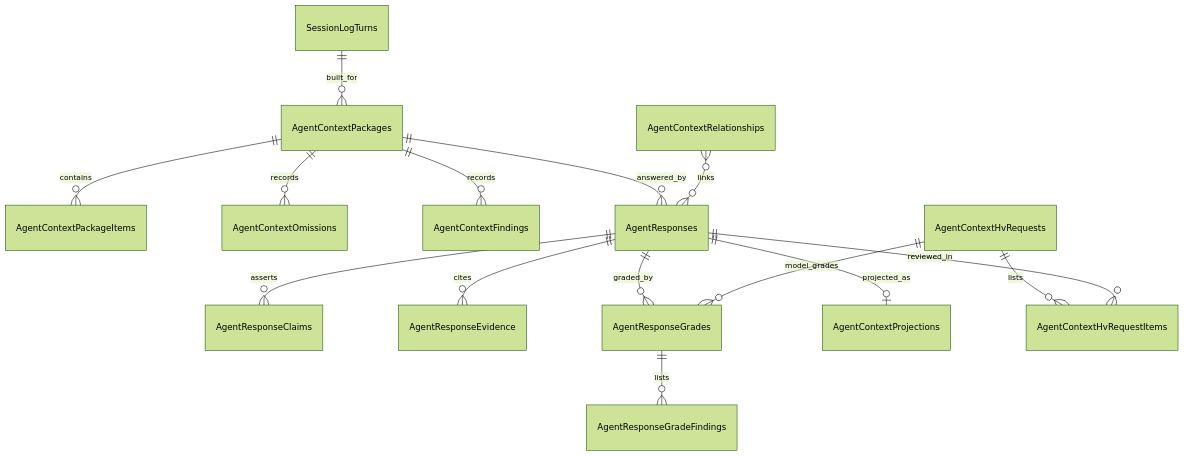
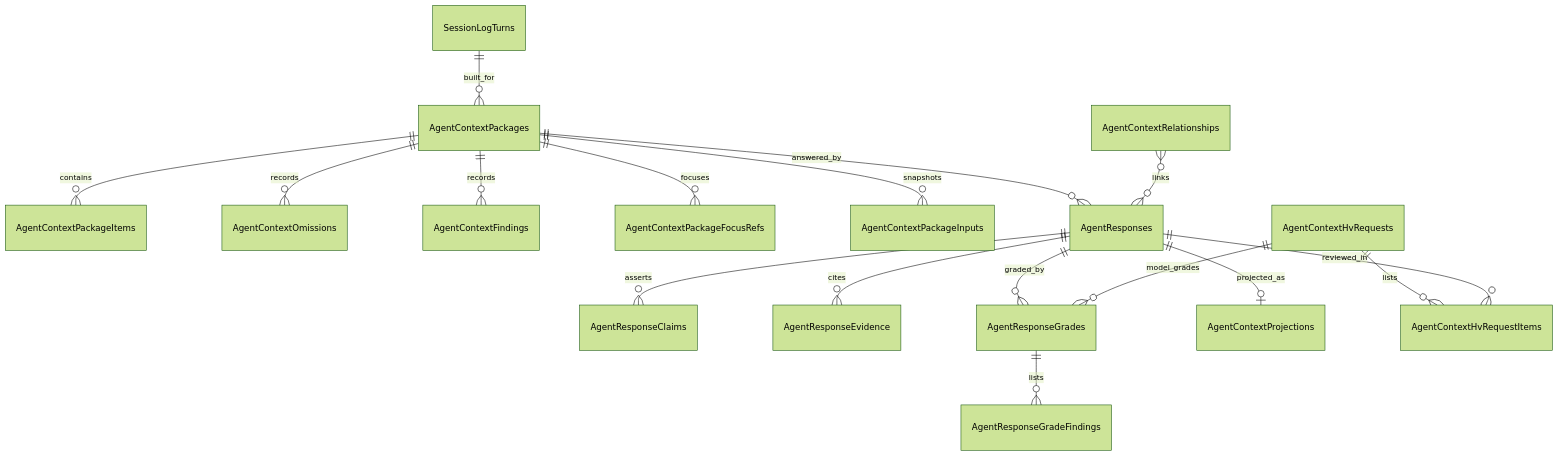
One commit to sharpninja/McpServer changed the first of 59 diagrams in docs/Stateless-Agent-Context-Management.md. Above: the diagram before and after it, drawn with Mermaid (forest theme). The commit also changed other lines of this file and 2 other files, not shown here.

````diff
--- a/docs/Stateless-Agent-Context-Management.md
+++ b/docs/Stateless-Agent-Context-Management.md
@@ -162,17 +178,19 @@
 ```mermaid
 erDiagram
     AgentContextPackages ||--o{ AgentContextPackageItems : contains
     AgentContextPackages ||--o{ AgentContextOmissions : records
     AgentContextPackages ||--o{ AgentContextFindings : records
+    AgentContextPackages ||--o{ AgentContextPackageFocusRefs : focuses
+    AgentContextPackages ||--o{ AgentContextPackageInputs : snapshots
     AgentContextPackages ||--o{ AgentResponses : answered_by
     AgentResponses ||--o{ AgentResponseClaims : asserts
     AgentResponses ||--o{ AgentResponseEvidence : cites
     AgentResponses ||--o{ AgentResponseGrades : graded_by
     AgentResponseGrades ||--o{ AgentResponseGradeFindings : lists
     AgentResponses ||--o| AgentContextProjections : projected_as
     AgentContextHvRequests ||--o{ AgentContextHvRequestItems : lists
     AgentResponses ||--o{ AgentContextHvRequestItems : reviewed_in
     AgentContextHvRequests ||--o{ AgentResponseGrades : model_grades
     AgentContextRelationships }o--o{ AgentResponses : links
     SessionLogTurns ||--o{ AgentContextPackages : built_for
 ```
````
